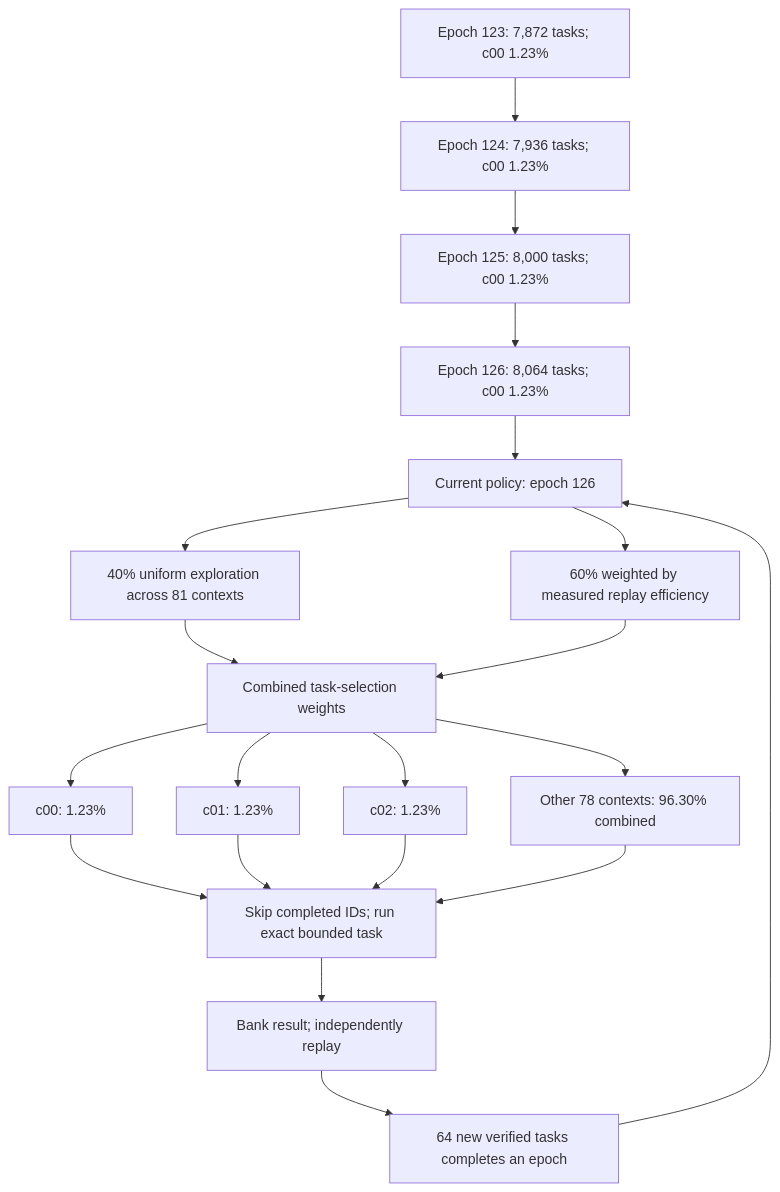
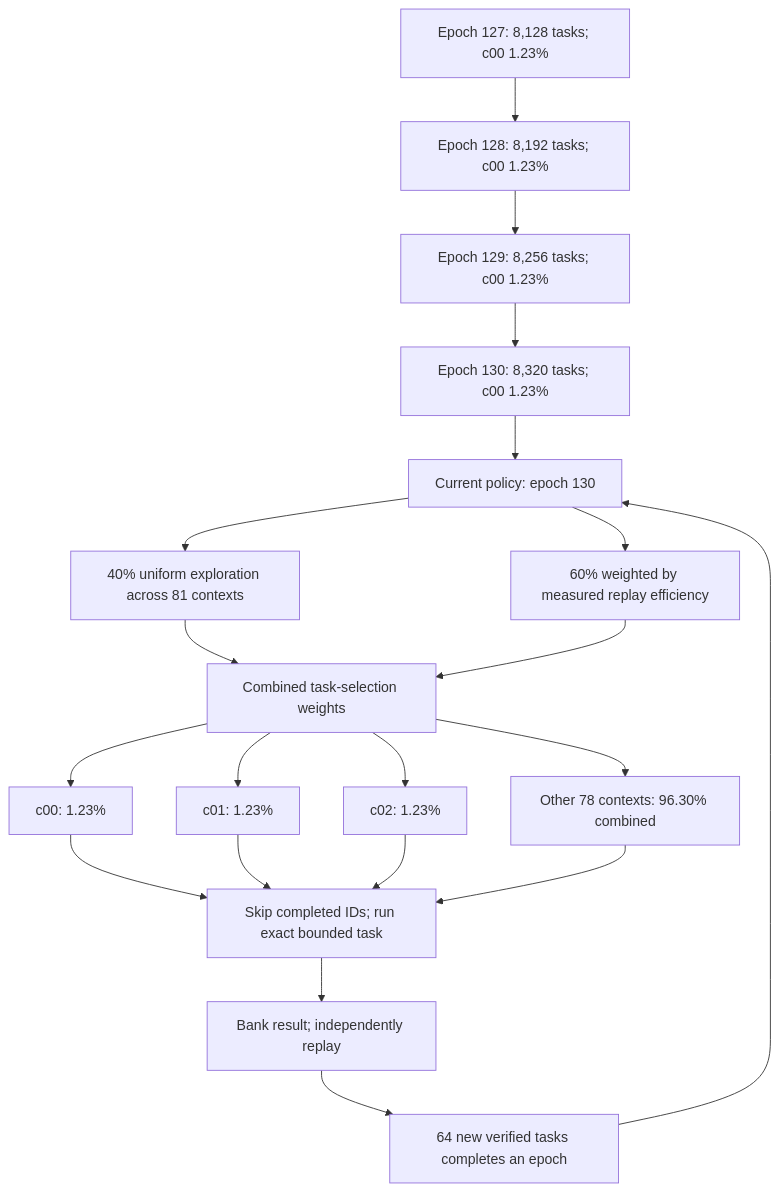
One commit to Kuberwastaken/math-gambling changed the diagram in README.md. Above: the diagram before and after it, drawn with Mermaid. The commit also changed other lines of this file and 595 other files, not shown here.

````diff
--- a/README.md
+++ b/README.md
@@ -48,27 +48,27 @@
 ```mermaid
 flowchart TD
-    H0["Epoch 123: 7,872 tasks; c00 1.23%"]
-    H1["Epoch 124: 7,936 tasks; c00 1.23%"]
+    H0["Epoch 127: 8,128 tasks; c00 1.23%"]
+    H1["Epoch 128: 8,192 tasks; c00 1.23%"]
     H0 --> H1
-    H2["Epoch 125: 8,000 tasks; c00 1.23%"]
+    H2["Epoch 129: 8,256 tasks; c00 1.23%"]
     H1 --> H2
-    H3["Epoch 126: 8,064 tasks; c00 1.23%"]
+    H3["Epoch 130: 8,320 tasks; c00 1.23%"]
     H2 --> H3
-    Policy["Current policy: epoch 126"]
+    Policy["Current policy: epoch 130"]
     H3 --> Policy
     Policy --> Explore["40% uniform exploration across 81 contexts"]
     Policy --> Cost["60% weighted by measured replay efficiency"]
     Explore --> Mix["Combined task-selection weights"]
     Cost --> Mix
     Mix --> C0["c00: 1.23%"]
     Mix --> C1["c01: 1.23%"]
     Mix --> C2["c02: 1.23%"]
     Mix --> Rest["Other 78 contexts: 96.30% combined"]
     C0 --> Check["Skip completed IDs; run exact bounded task"]
     C1 --> Check
     C2 --> Check
     Rest --> Check
     Check --> Replay["Bank result; independently replay"]
     Replay --> Gate["64 new verified tasks completes an epoch"]
     Gate --> Policy
 ```
````
